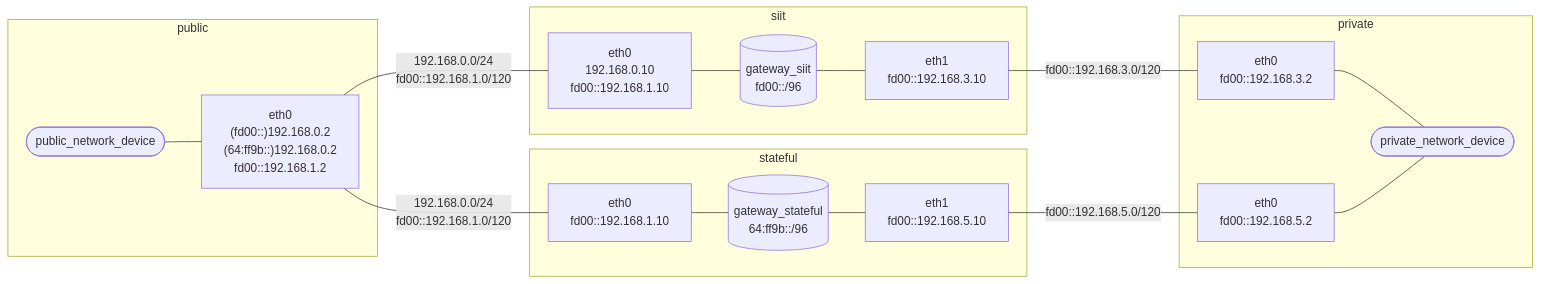
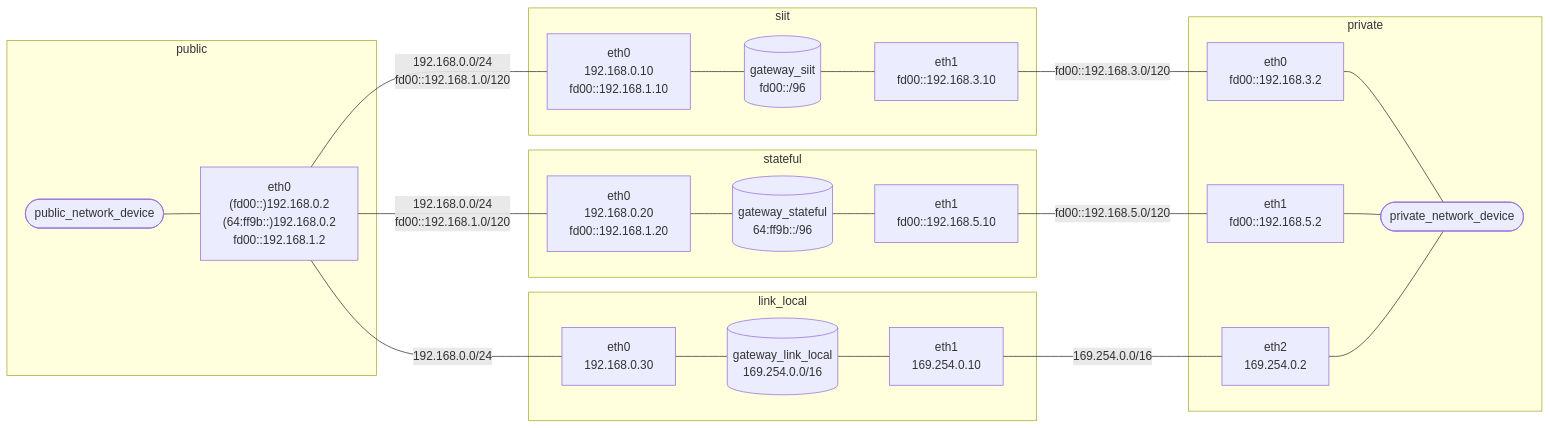
One commit to wuzhuobin/nat-test changed the diagram in README.md. Above: the diagram before and after it, drawn with Mermaid. The commit also changed other lines of this file and 5 other files, not shown here.

Commit message:
Add demo for direct broadcast in link local

````diff
--- a/README.md
+++ b/README.md
@@ -20,34 +20,45 @@
 ```mermaid
 flowchart LR
   pub([public_network_device])
   pub_eth0["eth0 \n (fd00::)192.168.0.2 \n (64:ff9b::)192.168.0.2 \n fd00::192.168.1.2"]
   siit_eth0[eth0 \n 192.168.0.10 \n fd00::192.168.1.10]
   siit_eth1[eth1 \n fd00::192.168.3.10]
   gateway_siit[(gateway_siit \n fd00::/96)]
   pri([private_network_device])
   gateway_stateful[(gateway_stateful \n 64:ff9b::/96)]
-  stateful_eth0[eth0 \n fd00::192.168.1.10]
+  stateful_eth0[eth0 \n 192.168.0.20 \n fd00::192.168.1.20]
   stateful_eth1[eth1 \n fd00::192.168.5.10]
+  gateway_link_local[(gateway_link_local \n 169.254.0.0/16)]
+  link_local_eth0[eth0 \n 192.168.0.30]
+  link_local_eth1[eth1 \n 169.254.0.10]
   pri_eth0[eth0 \n fd00::192.168.3.2]
-  pri_eth1[eth0 \n fd00::192.168.5.2]
+  pri_eth1[eth1 \n fd00::192.168.5.2]
+  pri_eth2[eth2 \n 169.254.0.2]
 
   subgraph public
     pub --- pub_eth0
   end
   pub_eth0 -- 192.168.0.0/24 \n fd00::192.168.1.0/120 --- siit_eth0
   subgraph siit
     siit_eth0 --- gateway_siit
     gateway_siit --- siit_eth1
   end
   pub_eth0 -- 192.168.0.0/24 \n fd00::192.168.1.0/120 --- stateful_eth0
   subgraph stateful
     stateful_eth0 --- gateway_stateful
     gateway_stateful --- stateful_eth1
   end
+  pub_eth0 -- 192.168.0.0/24 --- link_local_eth0
+  subgraph link_local
+    link_local_eth0 --- gateway_link_local
+    gateway_link_local --- link_local_eth1
+  end
   siit_eth1 -- fd00::192.168.3.0/120 --- pri_eth0
   stateful_eth1 -- fd00::192.168.5.0/120 --- pri_eth1
+  link_local_eth1 -- 169.254.0.0/16 --- pri_eth2
   subgraph private
     pri_eth0 --- pri
     pri_eth1 --- pri
+    pri_eth2 --- pri
   end
 ```
````
